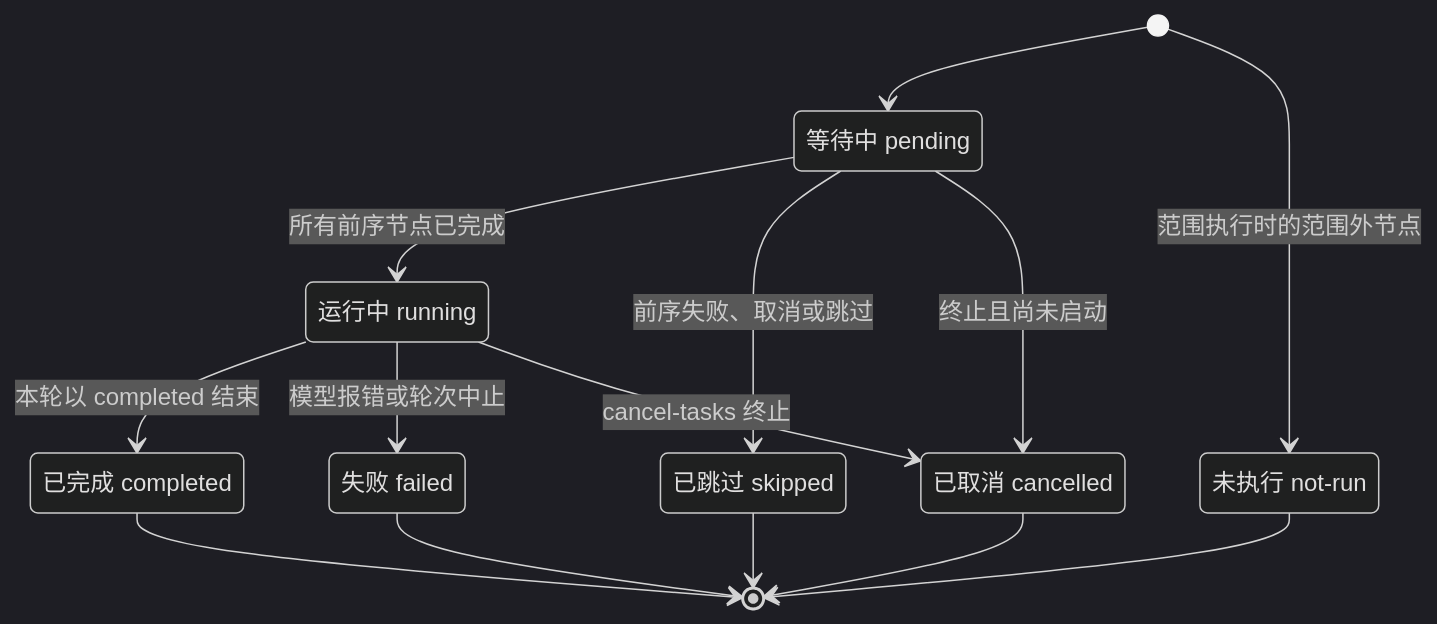
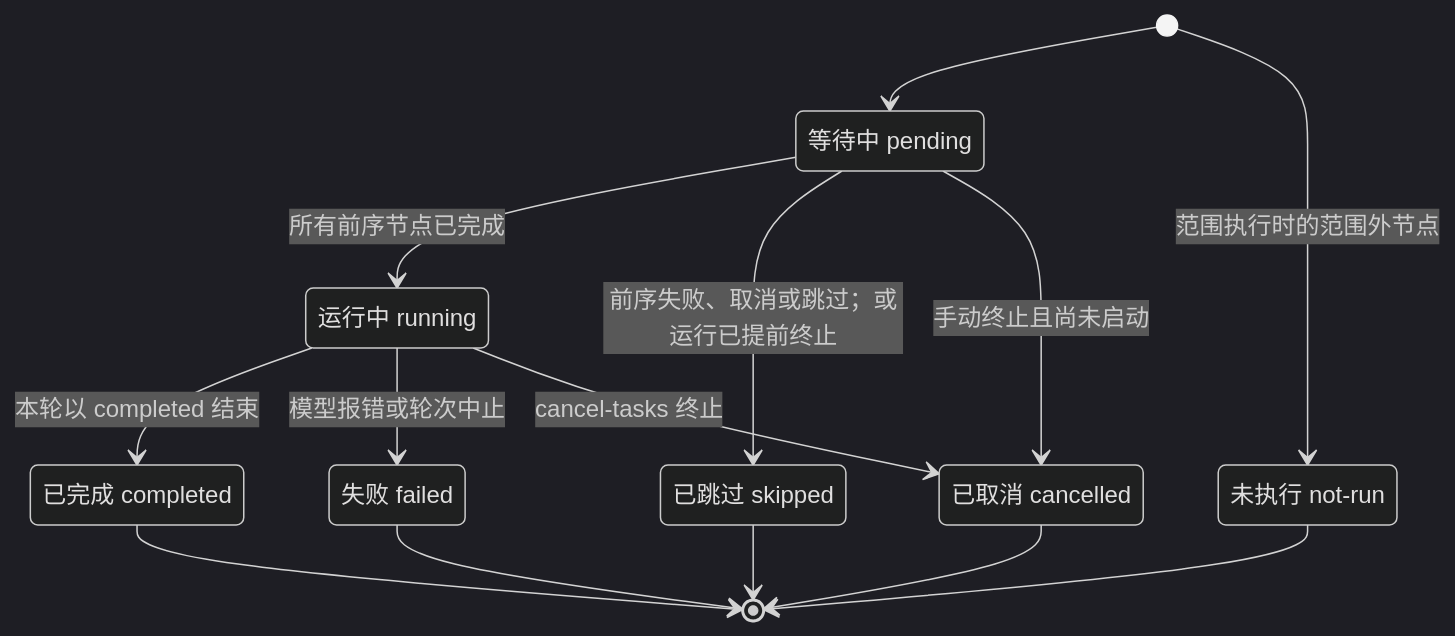
The diagram in docs/user/stopping-and-errors.md (czyt1988/dsh-workflow-orchestrator), drawn with Mermaid (dark theme) before and after one commit. The commit also changed other lines of this file and 20 other files, not shown here.

````diff
--- a/docs/user/stopping-and-errors.md
+++ b/docs/user/stopping-and-errors.md
@@ -43,23 +63,23 @@
 ```mermaid
 stateDiagram-v2
   state "等待中 pending" as Pending
   state "运行中 running" as Running
   state "已完成 completed" as Completed
   state "失败 failed" as Failed
   state "已跳过 skipped" as Skipped
   state "已取消 cancelled" as Cancelled
   state "未执行 not-run" as NotRun
   [*] --> Pending
   [*] --> NotRun: 范围执行时的范围外节点
   Pending --> Running: 所有前序节点已完成
-  Pending --> Skipped: 前序失败、取消或跳过
-  Pending --> Cancelled: 终止且尚未启动
+  Pending --> Skipped: 前序失败、取消或跳过；或运行已提前终止
+  Pending --> Cancelled: 手动终止且尚未启动
   Running --> Completed: 本轮以 completed 结束
   Running --> Failed: 模型报错或轮次中止
   Running --> Cancelled: cancel-tasks 终止
   Completed --> [*]
   Failed --> [*]
   Skipped --> [*]
   Cancelled --> [*]
   NotRun --> [*]
 ```
````
